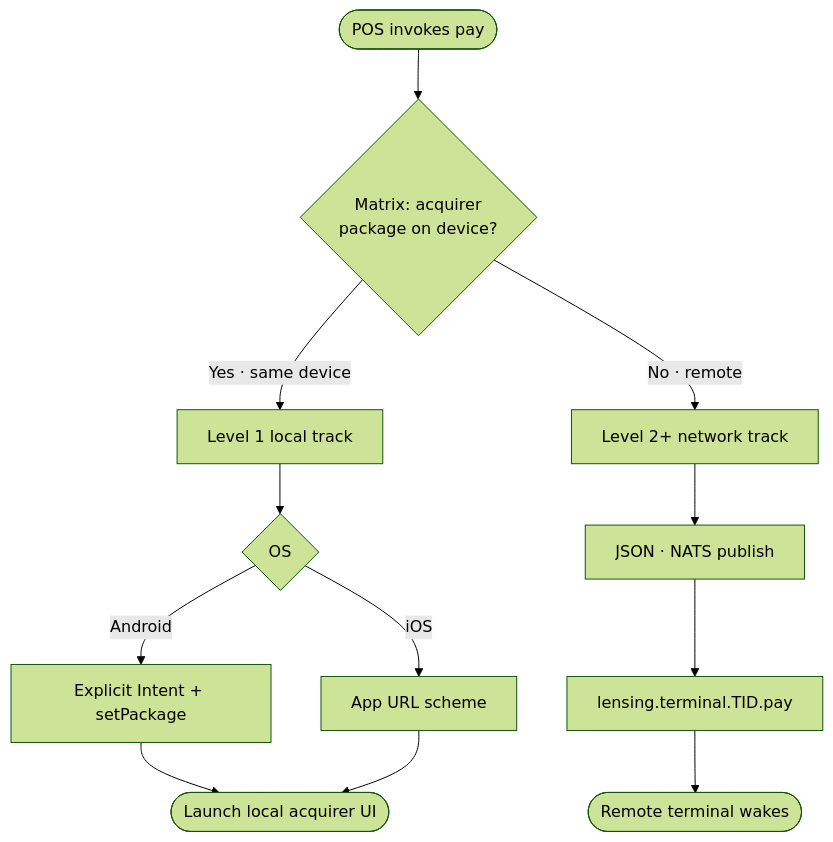
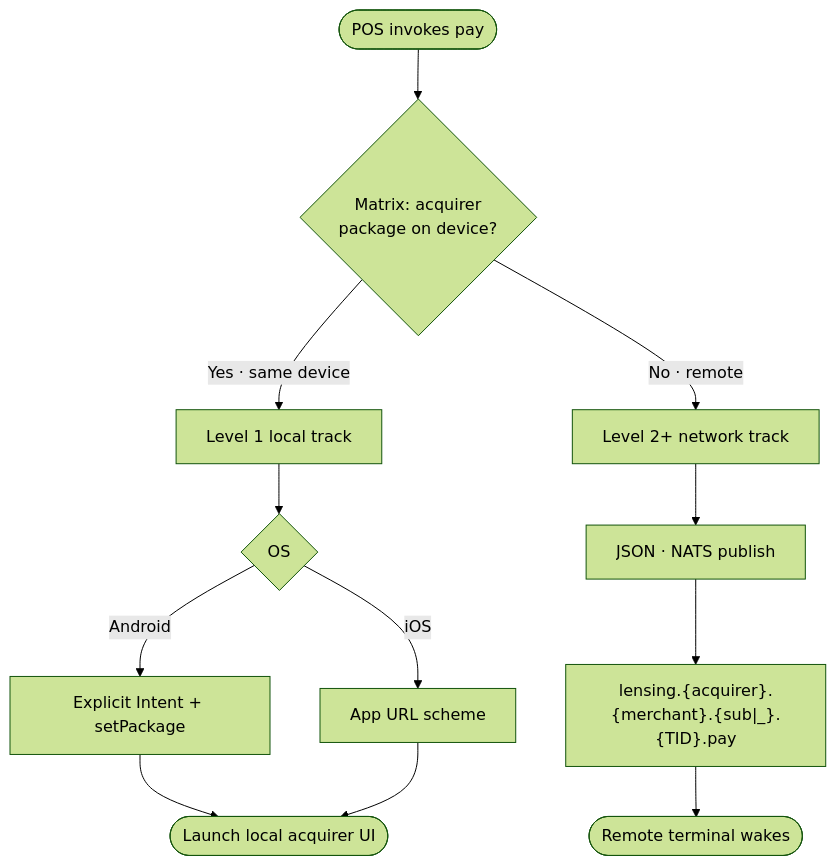
One commit to posrouter/protocol-specs changed the second of 2 diagrams in README_en.md. Above: the diagram before and after it, drawn with Mermaid (forest theme). The commit also changed other lines of this file and 9 other files, not shown here.

````diff
--- a/README_en.md
+++ b/README_en.md
@@ -98,16 +99,16 @@
 ```mermaid
 graph TD
     Start(["POS invokes pay"]) --> Check{"Matrix: acquirer<br>package on device?"}
 
     Check -- "Yes · same device" --> LocalTrack["Level 1 local track"]
     LocalTrack --> OS{"OS"}
     OS -- "Android" --> ExplicitIntent["Explicit Intent + setPackage"]
     OS -- "iOS" --> AppScheme["App URL scheme"]
     ExplicitIntent --> LaunchLocal([Launch local acquirer UI])
     AppScheme --> LaunchLocal
 
     Check -- "No · remote" --> NetTrack["Level 2+ network track"]
     NetTrack --> Envelope["JSON · NATS publish"]
-    Envelope --> Broadcast["lensing.terminal.TID.pay"]
+    Envelope --> Broadcast["lensing.{acquirer}.{merchant}.{sub|_}.{TID}.pay"]
     Broadcast --> LaunchRemote([Remote terminal wakes])
 ```
````
